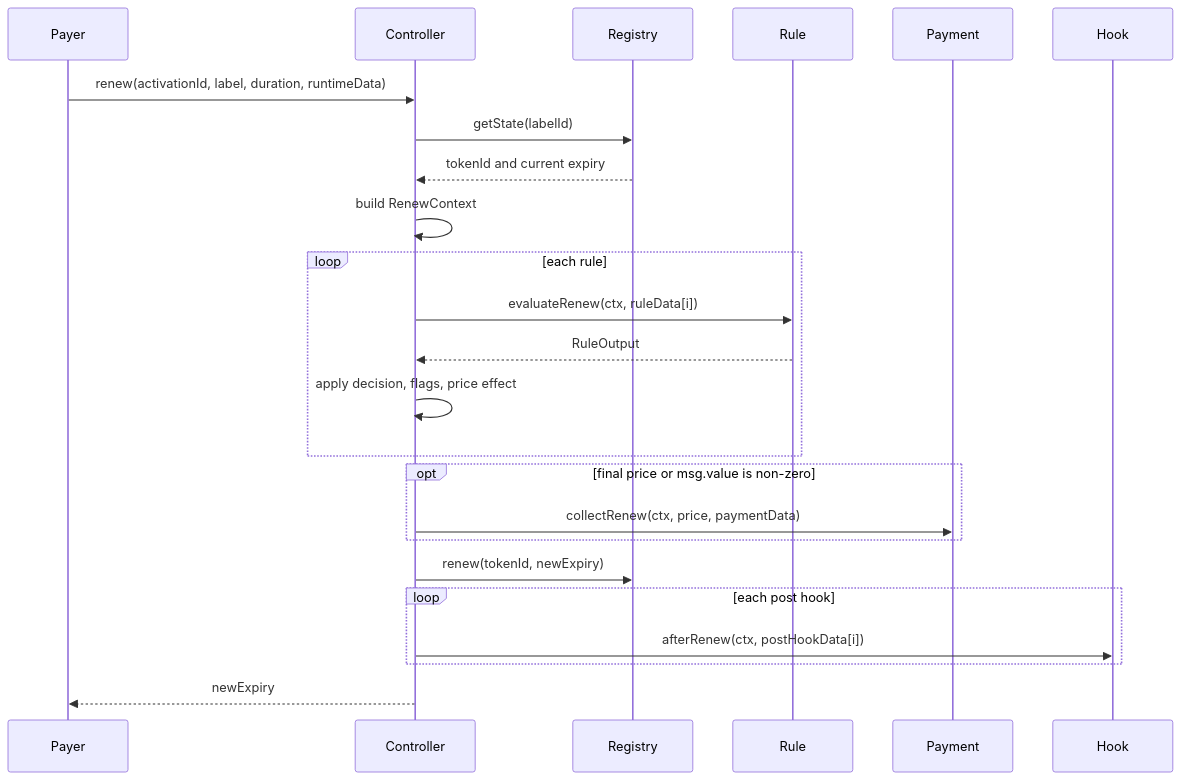
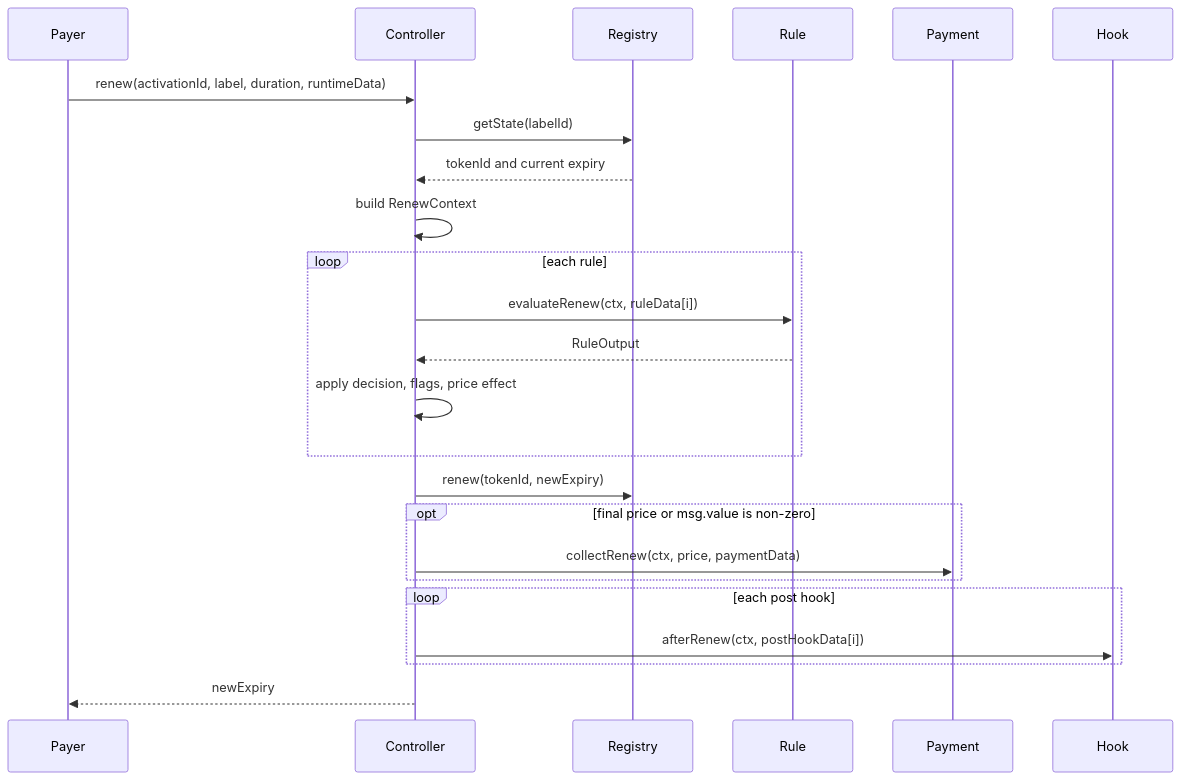
The second of 2 diagrams in docs/03-mint-and-renewal-flow.md (envoy1084/namespace-contracts-v2), drawn with Mermaid before and after one commit. The commit also changed other lines of this file and 6 other files, not shown here.

Commit message:
docs: add namespace architecture gas review

````diff
--- a/docs/03-mint-and-renewal-flow.md
+++ b/docs/03-mint-and-renewal-flow.md
@@ -69,27 +69,27 @@
 ```mermaid
 sequenceDiagram
     participant Payer
     participant Controller
     participant Registry
     participant Rule
     participant Payment
     participant Hook
 
     Payer->>Controller: renew(activationId, label, duration, runtimeData)
     Controller->>Registry: getState(labelId)
     Registry-->>Controller: tokenId and current expiry
     Controller->>Controller: build RenewContext
     loop each rule
         Controller->>Rule: evaluateRenew(ctx, ruleData[i])
         Rule-->>Controller: RuleOutput
         Controller->>Controller: apply decision, flags, price effect
     end
+    Controller->>Registry: renew(tokenId, newExpiry)
     opt final price or msg.value is non-zero
         Controller->>Payment: collectRenew(ctx, price, paymentData)
     end
-    Controller->>Registry: renew(tokenId, newExpiry)
     loop each post hook
         Controller->>Hook: afterRenew(ctx, postHookData[i])
     end
     Controller-->>Payer: newExpiry
 ```
````
